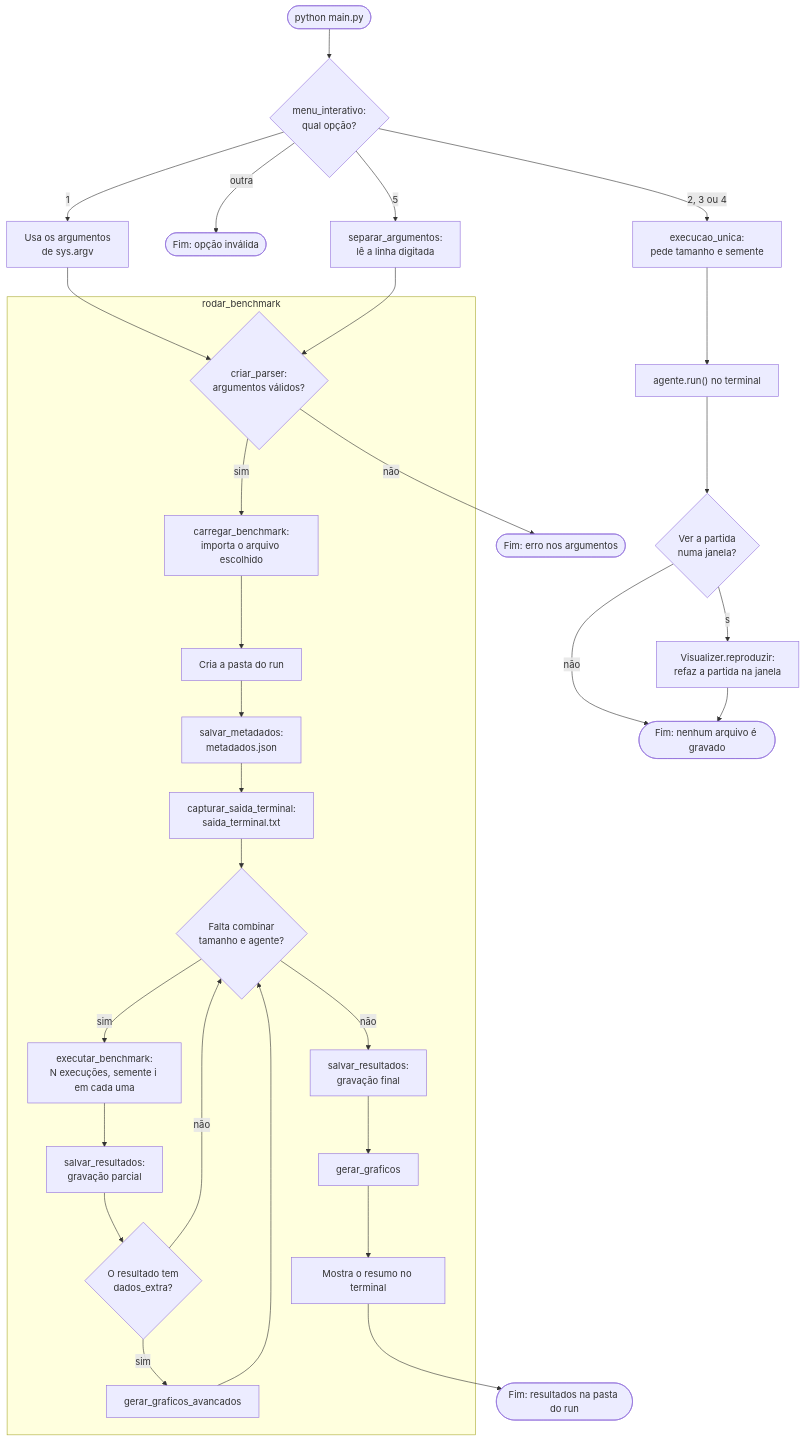
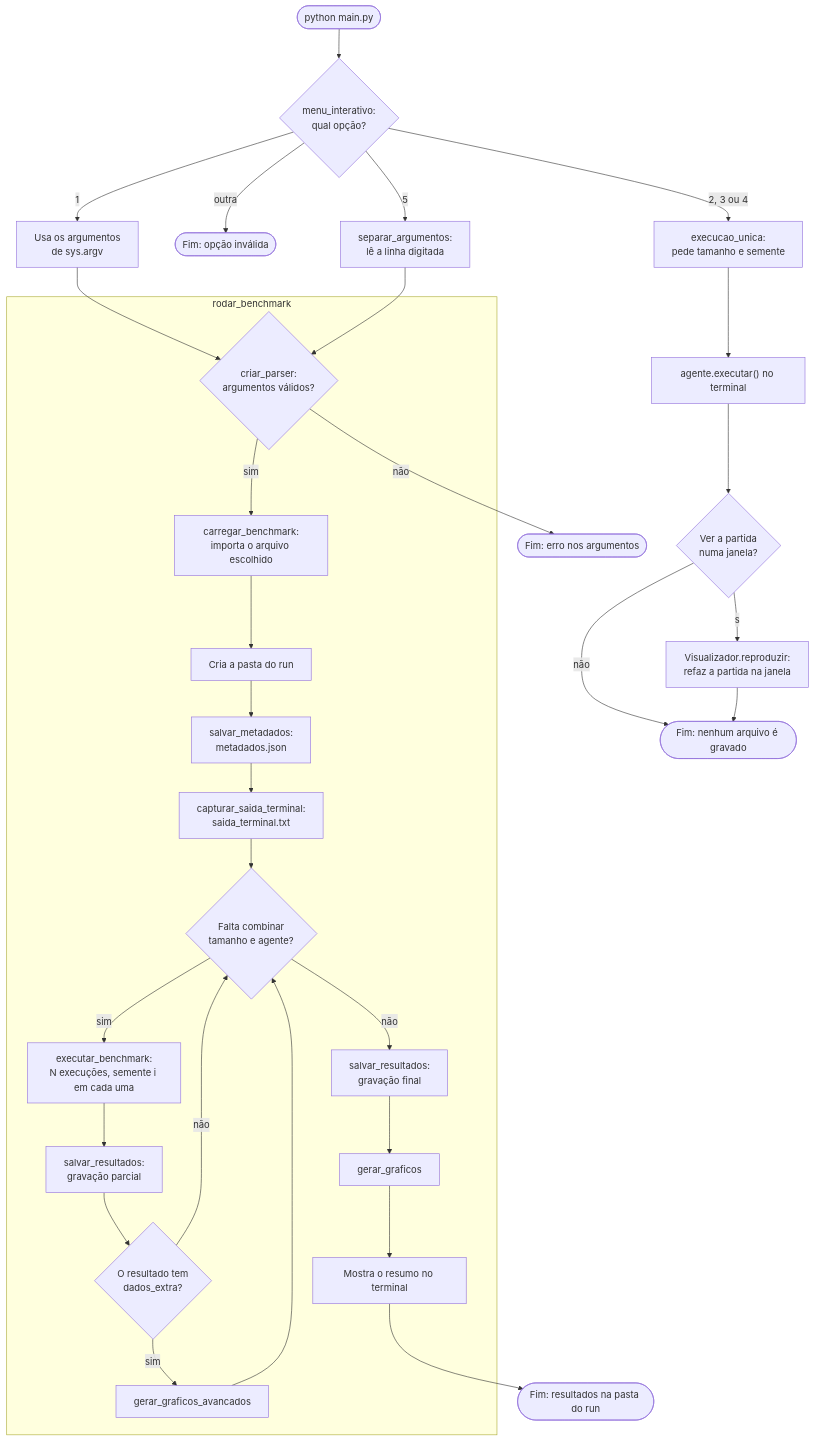
Before and after one commit to ingrid-kiki/wumpus_world_modular: the diagram in docs/arquitetura/fluxo-geral.md, drawn with Mermaid. The commit also changed other lines of this file and 14 other files, not shown here.

Commit message:
docs: nomes novos nos diagramas, guias e planos

````diff
--- a/docs/arquitetura/fluxo-geral.md
+++ b/docs/arquitetura/fluxo-geral.md
@@ -6,41 +6,41 @@
 ```mermaid
 flowchart TD
     inicio(["python main.py"]) --> menu{"menu_interativo:<br/>qual opção?"}
 
     menu -- "2, 3 ou 4" --> unica["execucao_unica:<br/>pede tamanho e semente"]
-    unica --> executa["agente.run() no terminal"]
+    unica --> executa["agente.executar() no terminal"]
     executa --> janela{"Ver a partida<br/>numa janela?"}
-    janela -- "s" --> reproduz["Visualizer.reproduzir:<br/>refaz a partida na janela"]
+    janela -- "s" --> reproduz["Visualizador.reproduzir:<br/>refaz a partida na janela"]
     janela -- "não" --> fimUnico(["Fim: nenhum arquivo é gravado"])
     reproduz --> fimUnico
 
     menu -- "outra" --> invalida(["Fim: opção inválida"])
 
     menu -- "1" --> args1["Usa os argumentos<br/>de sys.argv"]
     menu -- "5" --> args5["separar_argumentos:<br/>lê a linha digitada"]
     args1 --> validos
     args5 --> validos
 
     subgraph rodar["rodar_benchmark"]
         validos{"criar_parser:<br/>argumentos válidos?"}
         validos -- "sim" --> carregar["carregar_benchmark:<br/>importa o arquivo escolhido"]
         carregar --> pasta["Cria a pasta do run"]
         pasta --> metadados["salvar_metadados:<br/>metadados.json"]
         metadados --> captura["capturar_saida_terminal:<br/>saida_terminal.txt"]
         captura --> falta{"Falta combinar<br/>tamanho e agente?"}
 
         falta -- "sim" --> benchmark["executar_benchmark:<br/>N execuções, semente i em cada uma"]
         benchmark --> parcial["salvar_resultados:<br/>gravação parcial"]
         parcial --> extras{"O resultado tem<br/>dados_extra?"}
         extras -- "sim" --> avancados["gerar_graficos_avancados"]
         extras -- "não" --> falta
         avancados --> falta
 
         falta -- "não" --> final["salvar_resultados:<br/>gravação final"]
         final --> graficos["gerar_graficos"]
         graficos --> resumo["Mostra o resumo no terminal"]
     end
 
     validos -- "não" --> erroArgs(["Fim: erro nos argumentos"])
     resumo --> fim(["Fim: resultados na pasta do run"])
 ```
````
